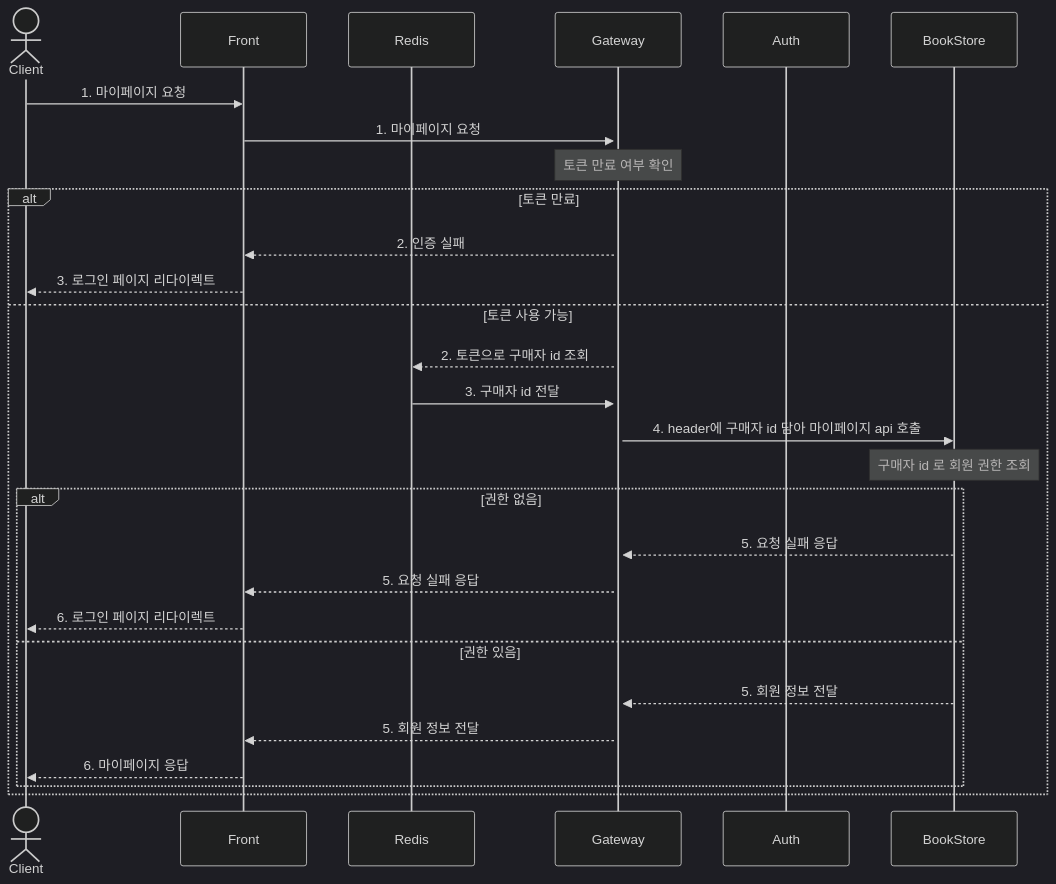
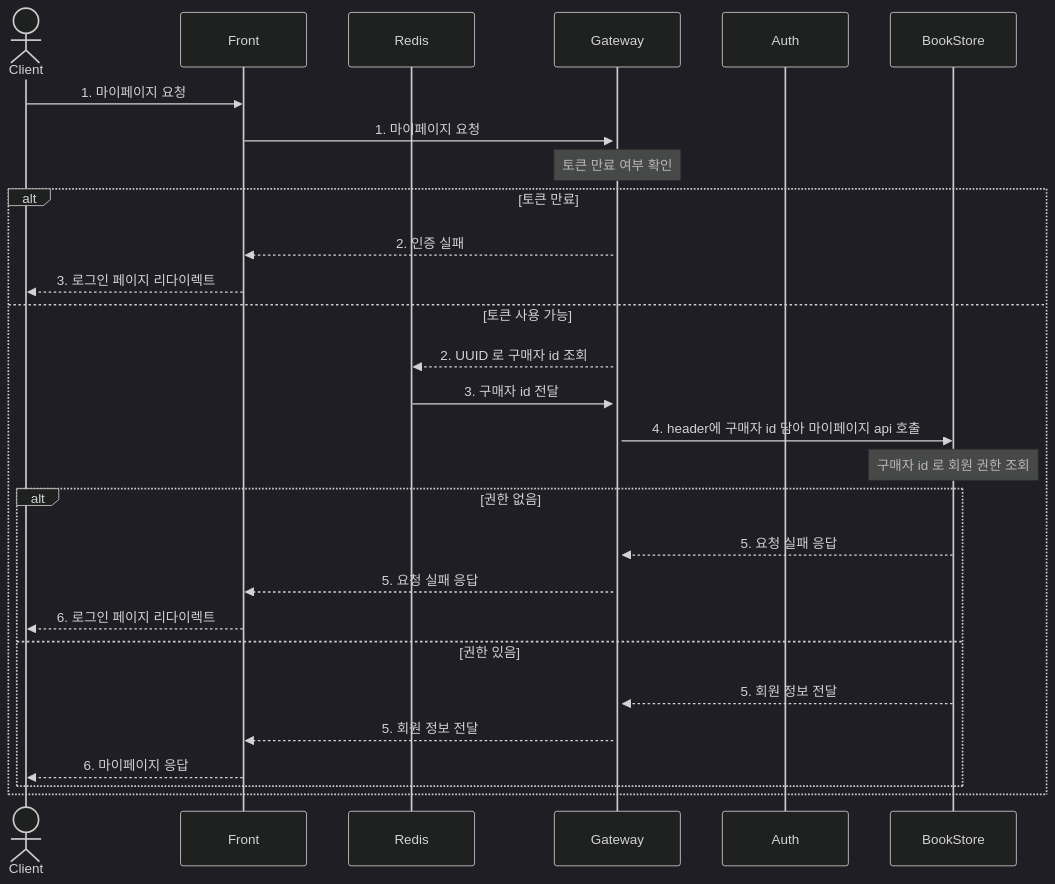
Before and after one commit to nhnacademy-be5-staff99/store99-auth: the second of 3 diagrams in README.md, drawn with Mermaid (dark theme). The commit also changed other lines of this file, not shown here.

````diff
--- a/README.md
+++ b/README.md
@@ -44,35 +44,35 @@
 ```mermaid
 
 sequenceDiagram
 
 actor c as Client
 participant front as Front
 participant redis as Redis
 participant gateway as Gateway
 participant auth as Auth
 participant store as BookStore
 
 c->>front: 1. 마이페이지 요청
 front->>+gateway: 1. 마이페이지 요청
 Note over gateway: 토큰 만료 여부 확인
 alt 토큰 만료
     gateway-->>front: 2. 인증 실패
     front-->>c: 3. 로그인 페이지 리다이렉트
 else 토큰 사용 가능
-    gateway-->>redis: 2. 토큰으로 구매자 id 조회
+    gateway-->>redis: 2. UUID 로 구매자 id 조회
     redis->>gateway: 3. 구매자 id 전달
     gateway->>store: 4. header에 구매자 id 담아 마이페이지 api 호출
     Note over store: 구매자 id 로 회원 권한 조회
     alt 권한 없음
         store-->>gateway: 5. 요청 실패 응답
         gateway-->>front: 5. 요청 실패 응답
         front-->>c: 6. 로그인 페이지 리다이렉트
     
     else 권한 있음
         store-->>gateway: 5. 회원 정보 전달
         gateway-->>front: 5. 회원 정보 전달
         front-->>c: 6. 마이페이지 응답
     end
 end
 
 ```
````
